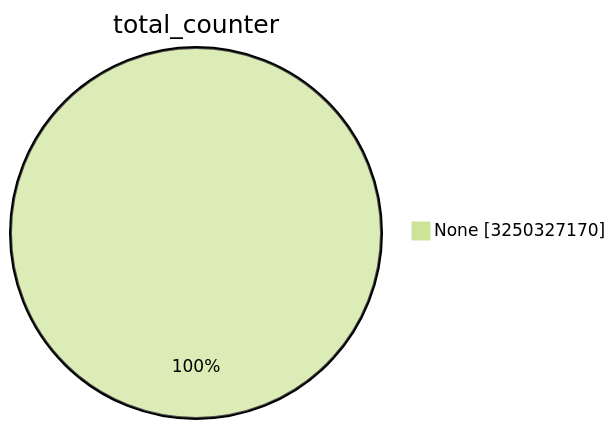
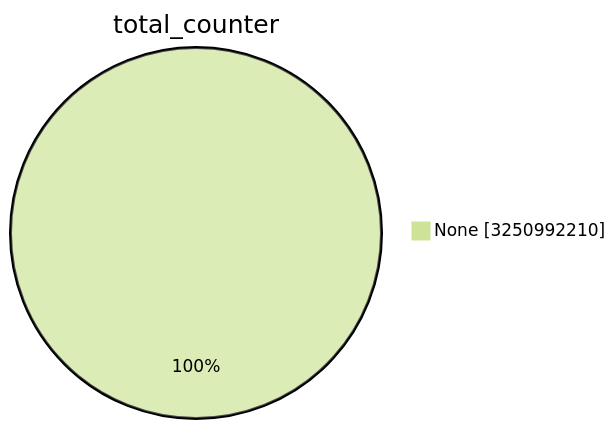
One commit to christiankrug/ctmonitor_visualization changed the first of 15 diagrams in TOTAL/README.md. Above: the diagram before and after it, drawn with Mermaid (forest theme). The commit also changed other lines of this file, not shown here.

````diff
--- a/TOTAL/README.md
+++ b/TOTAL/README.md
@@ -1,5 +1,5 @@
 ```mermaid
 pie showData
 title total_counter
-"None" :3250327170
+"None" :3250992210
 ```
````
